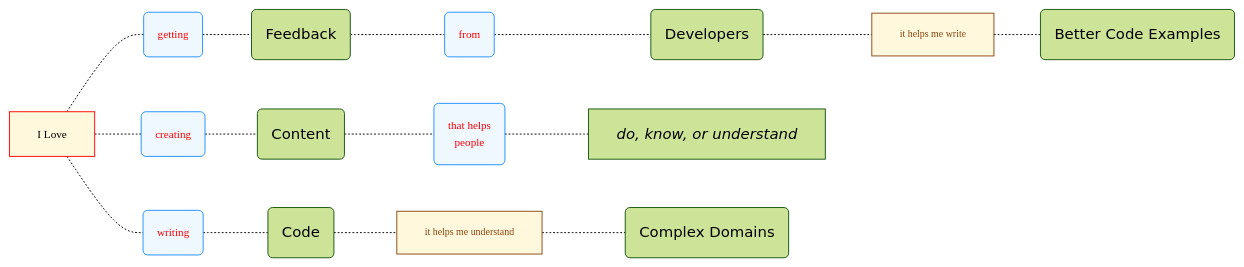
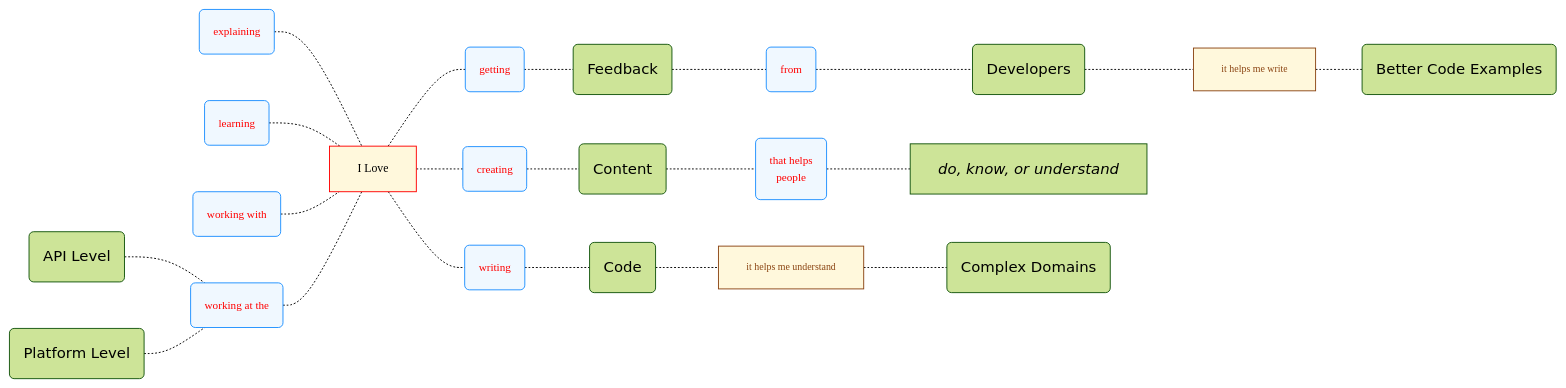
Before and after one commit to joe-dorward/samples: the first of 2 diagrams in overview.md, drawn with Mermaid. The commit also changed other lines of this file, not shown here.

````diff
--- a/overview.md
+++ b/overview.md
@@ -1,56 +1,70 @@
 ```mermaid
 %%{init: { "theme":"forest"} }%%
 flowchart LR
   classDef Compact font-family:verdana, font-size:7.5pt, text-align:left;
   classDef Variables fill:white, stroke:white, font-family:courier new, font-size:10pt;
   classDef Object fill:white, stroke:white, font-family:verdana, font-size:9pt;
 
-  classDef Start fill:cornsilk, stroke:red, font-family:verdana, font-size:9pt;
+  classDef Start fill:cornsilk, stroke:red, font-family:verdana, font-size:9.5pt;
 
   classDef Verb fill:aliceblue, color:red, stroke:dodgerblue, font-family:verdana, font-size:9pt;
 
 I_LOVE["I Love"]:::Start
 CODE("Code")
 BETTER_CODE_EXAMPLES("Better Code Examples")
 CONTENT("Content")
 DEVELOPERS("Developers")
 FEEDBACK("Feedback")
 
+PLATFORM_LEVEL("Platform Level")
+API_LEVEL("API Level")
+
 DO_KNOW_UNDERSTAND["`*do, know, or understand*`"]
 style DO_KNOW_UNDERSTAND text-align:left
 
 COMPLEX_DOMAINS("Complex Domains")
 %% DOING ==========
 
 CREATING("creating")
+EXPLAINING("explaining")
 GETTING("getting")
 FROM("from")
+LEARNING("learning")
+WORKING_AT_THE("working at the")
+WORKING_WITH("working with")
 WRITING("writing")
 
 THAT_HELPS_PEOPLE("that helps
   people")
 
-class CREATING,GETTING,FROM,WRITING,THAT_HELPS_PEOPLE Verb;
+class CREATING,EXPLAINING,GETTING,FROM,LEARNING,WORKING_AT_THE,WORKING_WITH,WRITING,THAT_HELPS_PEOPLE Verb;
 
 
 
 %% NOTES ==========
 classDef Note fill:cornsilk, stroke:saddlebrown, color:saddlebrown, font-family:verdana, font-size:8pt, text-align:left;
 
 UNDERSTAND["it helps me understand"]
 
 HELPS_ME_WRITE[it helps me write]
 
 
 class UNDERSTAND,HELPS_ME_WRITE Note;
 %% CONNECTING ==========
 
+EXPLAINING-.-I_LOVE
+LEARNING-.-I_LOVE
+WORKING_WITH-.-I_LOVE
+
+API_LEVEL-.-WORKING_AT_THE
+PLATFORM_LEVEL-.-WORKING_AT_THE-.-I_LOVE
+
 I_LOVE-.-CREATING-.-CONTENT-.-THAT_HELPS_PEOPLE-.-DO_KNOW_UNDERSTAND
 
 I_LOVE-.-WRITING-.-CODE-.-UNDERSTAND-.-COMPLEX_DOMAINS
 
 I_LOVE-.-GETTING-.-FEEDBACK-.-FROM-.-DEVELOPERS-.-HELPS_ME_WRITE-.-BETTER_CODE_EXAMPLES
 
 
 
 ```
````
